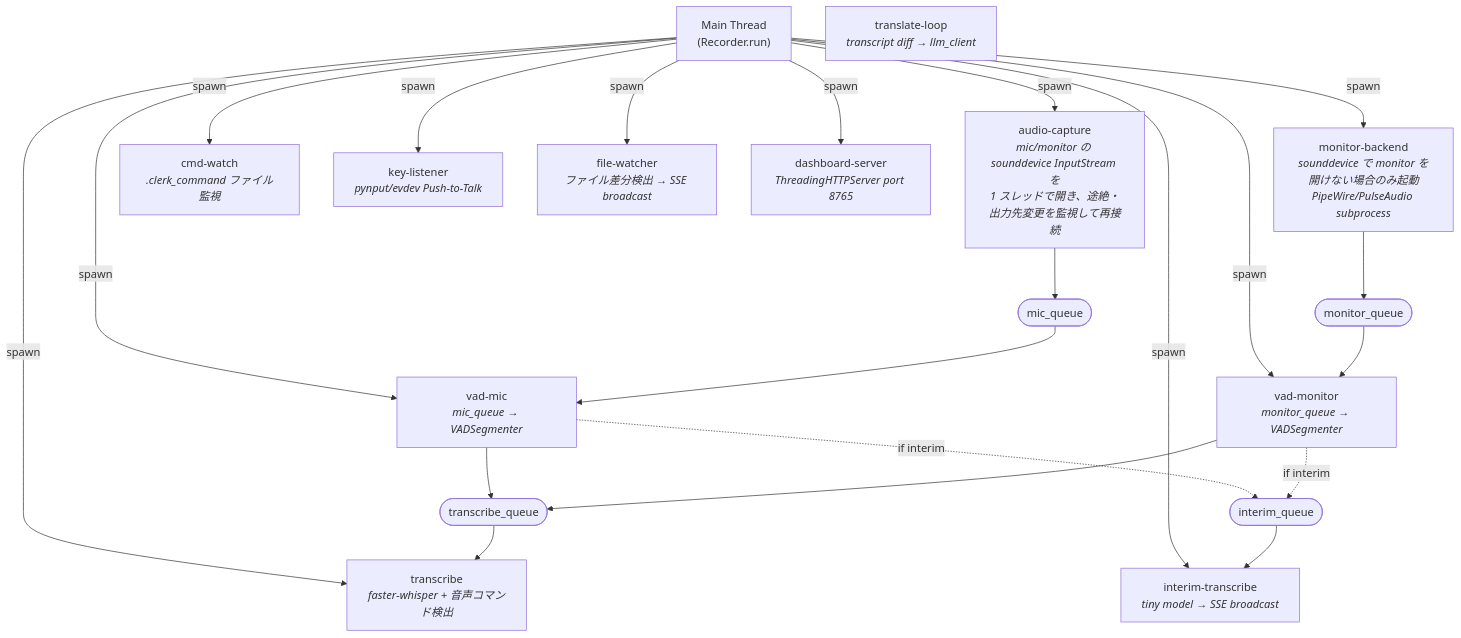
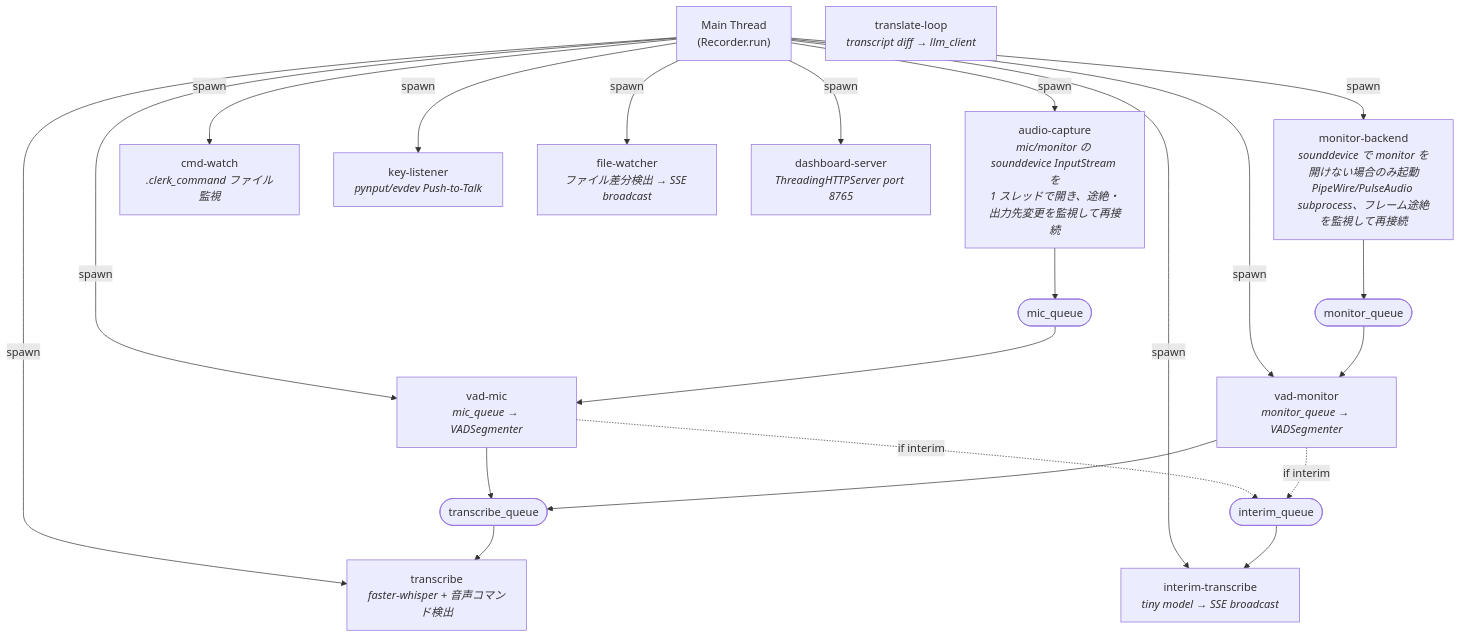
The second of 7 diagrams in SPEC.md (edocode/shadow-clerk), drawn with Mermaid before and after one commit. The commit also changed other lines of this file and 2 other files, not shown here.

````diff
--- a/SPEC.md
+++ b/SPEC.md
@@ -199,43 +200,43 @@
 ```mermaid
 graph TB
     main["Main Thread<br/>(Recorder.run)"]
 
     mic["audio-capture<br/><i>mic/monitor の sounddevice InputStream を<br/>1 スレッドで開き、途絶・出力先変更を監視して再接続</i>"]
-    mon["monitor-backend<br/><i>sounddevice で monitor を開けない場合のみ起動<br/>PipeWire/PulseAudio subprocess</i>"]
+    mon["monitor-backend<br/><i>sounddevice で monitor を開けない場合のみ起動<br/>PipeWire/PulseAudio subprocess、フレーム途絶を監視して再接続</i>"]
     vadm["vad-mic<br/><i>mic_queue → VADSegmenter</i>"]
     vadmon["vad-monitor<br/><i>monitor_queue → VADSegmenter</i>"]
     trans["transcribe<br/><i>faster-whisper + 音声コマンド検出</i>"]
     interim["interim-transcribe<br/><i>tiny model → SSE broadcast</i>"]
     cmd["cmd-watch<br/><i>.clerk_command ファイル監視</i>"]
     key["key-listener<br/><i>pynput/evdev Push-to-Talk</i>"]
     tl["translate-loop<br/><i>transcript diff → llm_client</i>"]
     fw["file-watcher<br/><i>ファイル差分検出 → SSE broadcast</i>"]
     dash["dashboard-server<br/><i>ThreadingHTTPServer port 8765</i>"]
 
     mq([mic_queue])
     moq([monitor_queue])
     tq([transcribe_queue])
     iq([interim_queue])
 
     main -->|spawn| mic
     main -->|spawn| mon
     main -->|spawn| vadm
     main -->|spawn| vadmon
     main -->|spawn| trans
     main -->|spawn| interim
     main -->|spawn| cmd
     main -->|spawn| key
     main -->|spawn| fw
     main -->|spawn| dash
 
     mic --> mq
     mon --> moq
     mq --> vadm
     moq --> vadmon
     vadm --> tq
     vadmon --> tq
     vadm -.->|if interim| iq
     vadmon -.->|if interim| iq
     tq --> trans
     iq --> interim
 ```
````
